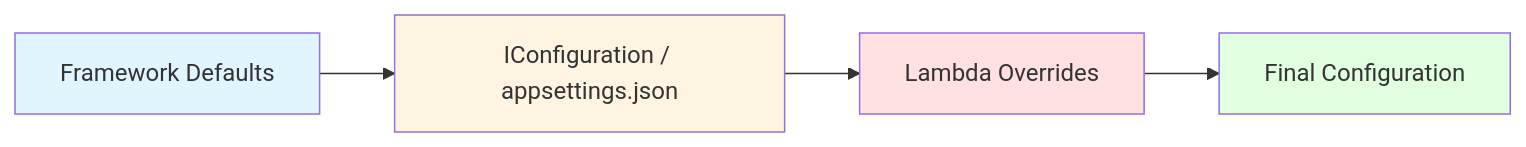
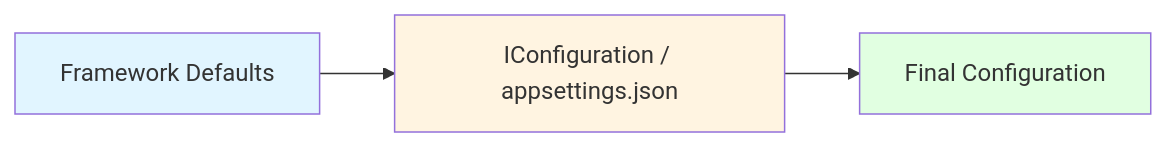
Before and after one commit to cloud-tek/hive: the first of 4 diagrams in hive.opentelemetry/README.md, drawn with Mermaid. The commit also changed other lines of this file and 3 other files, not shown here.

````diff
--- a/hive.opentelemetry/README.md
+++ b/hive.opentelemetry/README.md
@@ -84,11 +84,9 @@
 ```mermaid
 graph LR
     A[Framework Defaults] --> B[IConfiguration / appsettings.json]
-    B --> C[Lambda Overrides]
-    C --> D[Final Configuration]
+    B --> D[Final Configuration]
 
     style A fill:#e1f5ff
     style B fill:#fff4e1
-    style C fill:#ffe1e1
     style D fill:#e1ffe1
 ```
````
